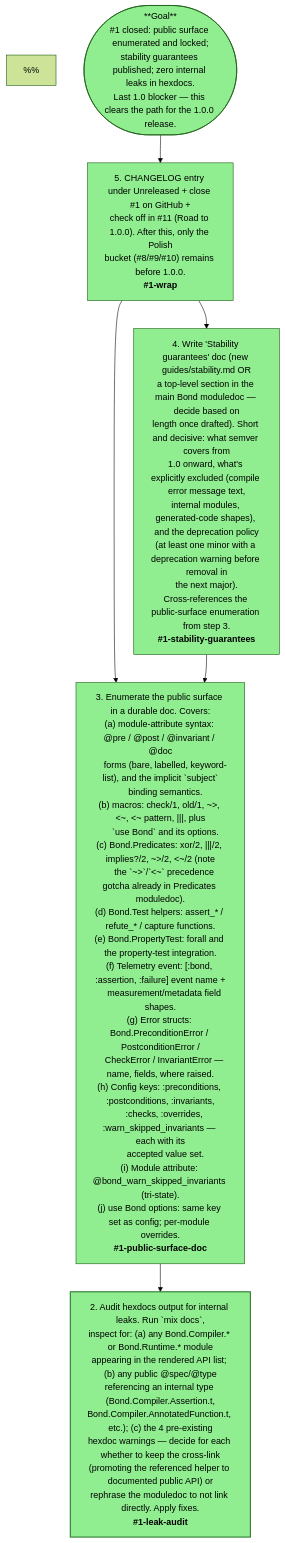
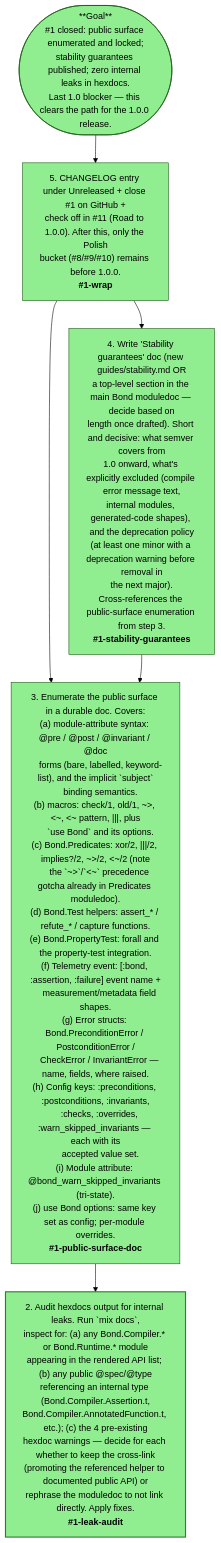
The diagram in mikado/api-freeze.mmd (jvoegele/bond), drawn with Mermaid (forest theme) before and after one commit. The commit also changed 10 other files, not shown here.

Commit message:
Fix "phantom" `%%` nodes in Mermaid Mikado graphs

```diff
--- a/mikado/api-freeze.mmd
+++ b/mikado/api-freeze.mmd
@@ -1,62 +1,62 @@
 flowchart TD
 %% Mikado graph for #1 — Freeze and audit the public API surface for 1.0.
-%%
+
 %% This is the LAST 1.0 blocker (per #11). The deliverable is a semver
 %% promise: from 1.0 onward, the enumerated surface stops changing in
 %% breaking ways. Everything else (the Should-do bucket #5/#6/#7 and #4)
 %% landed first so that this audit operates on the final surface, not a
 %% draft one.
-%%
+
 %% Inventory of what currently exists (verified via grep):
-%%
+
 %%   Public modules (no `internal: true`):
 %%     - Bond (main)
 %%     - Bond.Test
 %%     - Bond.Predicates
 %%     - Bond.PropertyTest
 %%     - Bond.PreconditionError / PostconditionError / CheckError / InvariantError
-%%
+
 %%   Internal modules (already marked `internal: true` or `false`):
 %%     - Bond.AssertionError
 %%     - Bond.Runtime.Eval
 %%     - Bond.PropertyTest.Sequence
 %%     - All Bond.Compiler.*
 %%     - Bond.Compiler.CompileStateFSM.Server
-%%
+
 %%   Known audit items found during planning:
 %%     - `Bond.Predicates.__opaque__/1` and `__truthy__/1` are `@doc false`
 %%       but referenced from public moduledocs → 3 pre-existing hexdoc
 %%       warnings ("documentation references function but it is hidden").
 %%       Decide: rephrase the moduledoc refs, or expose these as documented
 %%       low-level helpers, or move the cross-refs out of public reach.
 %%     - `Bond.Compiler.CompileStateFSM.Server` is referenced from a public
 %%       guide/CHANGELOG → 1 pre-existing hexdoc warning. Same options.
-%%
+
 %% Acceptance from issue #1:
 %%   - A written, reviewed list of the public surface.
 %%   - Stability guarantees documented.
 %%   - No internal modules/types in published API docs.
-%%
+
 %% Arrows point from a goal to its prerequisites. Leaves (green) have no
 %% further prerequisites and are safe to start first. Depth-first per
 %% Mikado: pick a leaf, finish it, keep tests green, commit, repeat.
 
     G(["**Goal**<br/>#1 closed: public surface enumerated and locked;<br/>stability guarantees published; zero internal leaks in hexdocs.<br/>Last 1.0 blocker — this clears the path for the 1.0.0 release."])
 
     G --> S5["5. CHANGELOG entry under Unreleased + close #1 on GitHub +<br/>check off in #11 (Road to 1.0.0). After this, only the Polish<br/>bucket (#8/#9/#10) remains before 1.0.0.<br/><b>#1-wrap</b>"]
 
     S5 --> S4["4. Write 'Stability guarantees' doc (new guides/stability.md OR<br/>a top-level section in the main Bond moduledoc — decide based on<br/>length once drafted). Short and decisive: what semver covers from<br/>1.0 onward, what's explicitly excluded (compile error message text,<br/>internal modules, generated-code shapes), and the deprecation policy<br/>(at least one minor with a deprecation warning before removal in<br/>the next major).<br/>Cross-references the public-surface enumeration from step 3.<br/><b>#1-stability-guarantees</b>"]
 
     S5 --> S3["3. Enumerate the public surface in a durable doc. Covers:<br/>(a) module-attribute syntax: @pre / @post / @invariant / @doc<br/>    forms (bare, labelled, keyword-list), and the implicit `subject`<br/>    binding semantics.<br/>(b) macros: check/1, old/1, ~>, <~, &lt;~ pattern, |||, plus<br/>    `use Bond` and its options.<br/>(c) Bond.Predicates: xor/2, |||/2, implies?/2, ~>/2, <~/2 (note<br/>    the `~>`/`<~` precedence gotcha already in Predicates moduledoc).<br/>(d) Bond.Test helpers: assert_* / refute_* / capture functions.<br/>(e) Bond.PropertyTest: forall and the property-test integration.<br/>(f) Telemetry event: [:bond, :assertion, :failure] event name +<br/>    measurement/metadata field shapes.<br/>(g) Error structs: Bond.PreconditionError / PostconditionError /<br/>    CheckError / InvariantError — name, fields, where raised.<br/>(h) Config keys: :preconditions, :postconditions, :invariants,<br/>    :checks, :overrides, :warn_skipped_invariants — each with its<br/>    accepted value set.<br/>(i) Module attribute: @bond_warn_skipped_invariants (tri-state).<br/>(j) use Bond options: same key set as config; per-module overrides.<br/><b>#1-public-surface-doc</b>"]
 
     S4 --> S3
     S3 --> S2["2. Audit hexdocs output for internal leaks. Run `mix docs`,<br/>inspect for: (a) any Bond.Compiler.* or Bond.Runtime.* module<br/>appearing in the rendered API list; (b) any public @spec/@type<br/>referencing an internal type (Bond.Compiler.Assertion.t,<br/>Bond.Compiler.AnnotatedFunction.t, etc.); (c) the 4 pre-existing<br/>hexdoc warnings — decide for each whether to keep the cross-link<br/>(promoting the referenced helper to documented public API) or<br/>rephrase the moduledoc to not link directly. Apply fixes.<br/><b>#1-leak-audit</b>"]
 
     classDef leaf fill:#e7f5e7,stroke:#2e7d32,stroke-width:2px;
     class S2 leaf;
 
     style G fill:#90EE90
     style S2 fill:#90EE90
     style S3 fill:#90EE90
     style S4 fill:#90EE90
     style S5 fill:#90EE90
```
